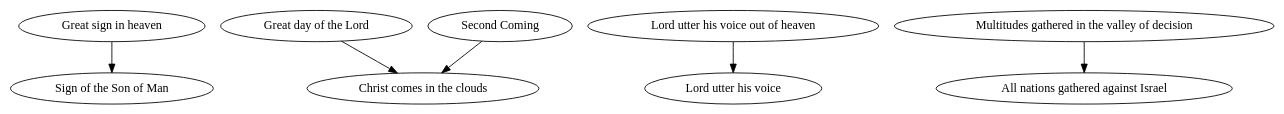
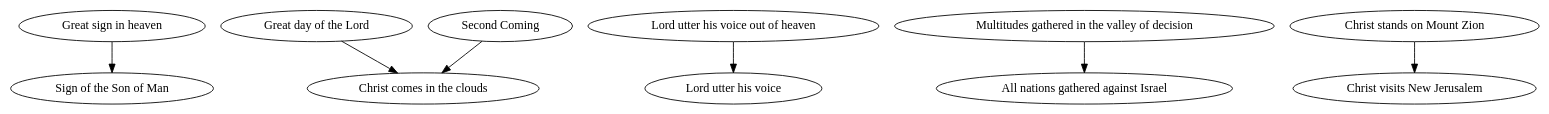
Before and after one commit to justincy/signs-of-the-second-coming: the diagram in synonyms/synonyms.gv, drawn with Graphviz. The commit also changed 1 other file, not shown here.

```diff
--- a/synonyms/synonyms.gv
+++ b/synonyms/synonyms.gv
@@ -1,22 +1,25 @@
 # List of signs that I believe are synonyms.
 #
 # My reasoning for considering two signs as synonyms
 # is documented elsewhere. This list is used to 
 # programatically simplify the full graph by 
 # collapsing synonyms.
 #
 # In each (a -> b) pair, the sign on the left will
 # be replaced in the graph by the sign on the right.
 
 digraph {
   "Great sign in heaven" -> "Sign of the Son of Man"
 
   # D&C 34:7-8
   "Great day of the Lord" -> "Christ comes in the clouds"
 
   "Second Coming" -> "Christ comes in the clouds"
 
   "Lord utter his voice out of heaven" -> "Lord utter his voice"
 
   "Multitudes gathered in the valley of decision" -> "All nations gathered against Israel"
+
+  # D&C 84:2
+  "Christ stands on Mount Zion" -> "Christ visits New Jerusalem"
 }
```
